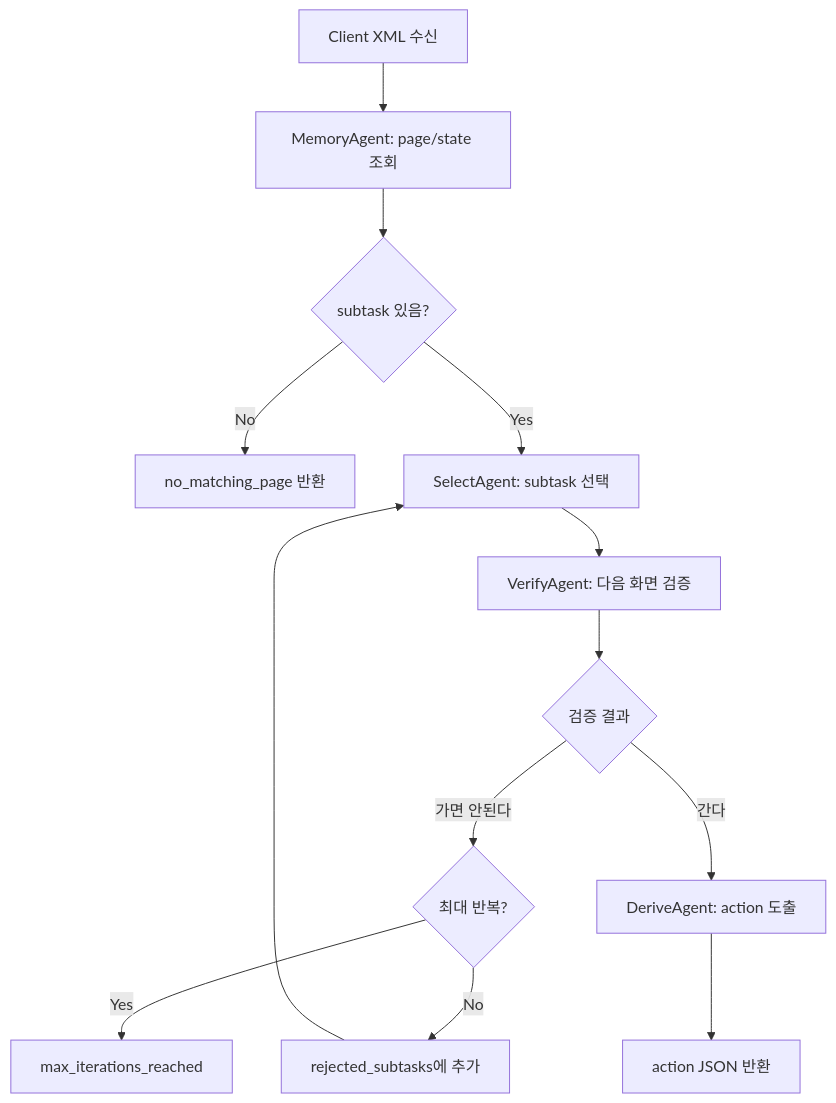
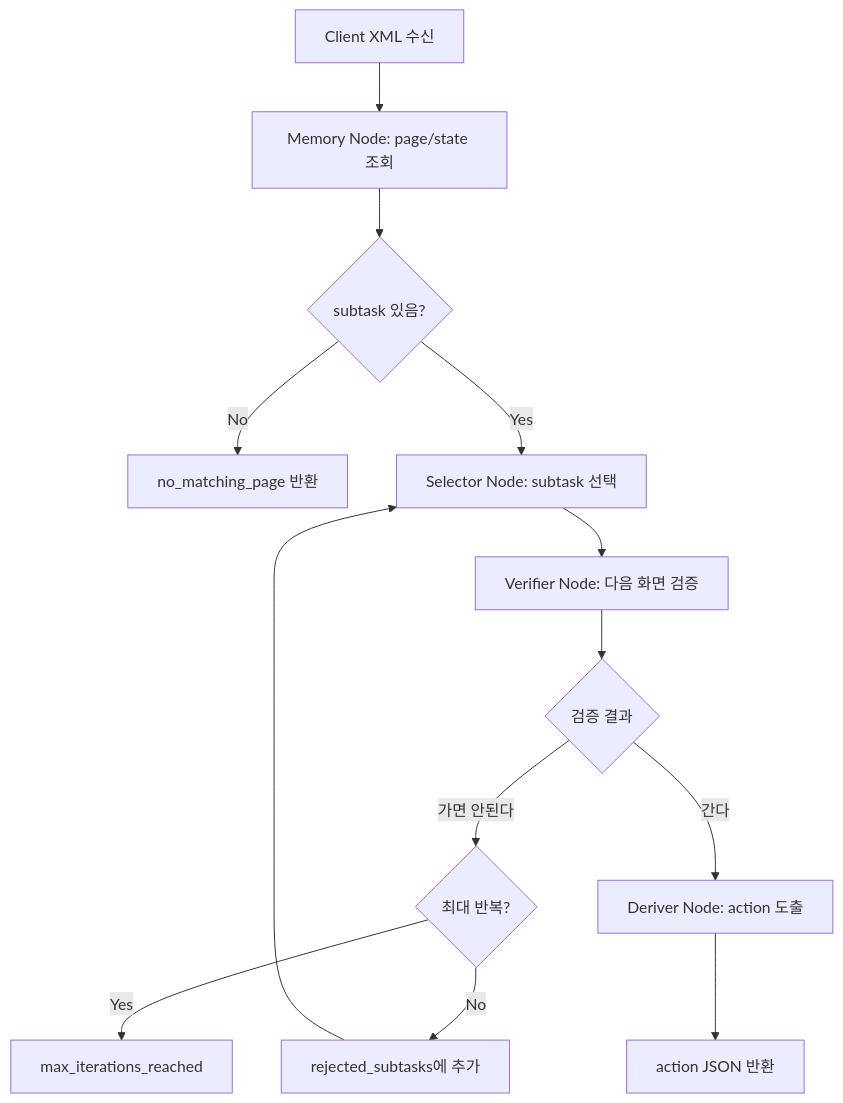
One commit to SaFD-00/MobileGPT-V2 changed the third of 18 diagrams in ARCHITECTURE.md. Above: the diagram before and after it, drawn with Mermaid. The commit also changed other lines of this file and 1 other file, not shown here.

````diff
--- a/ARCHITECTURE.md
+++ b/ARCHITECTURE.md
@@ -269,15 +210,15 @@
 ```mermaid
 flowchart TD
-    A[Client XML 수신] --> B[MemoryAgent: page/state 조회]
+    A[Client XML 수신] --> B[Memory Node: page/state 조회]
     B --> C{subtask 있음?}
     C -->|No| D[no_matching_page 반환]
-    C -->|Yes| E[SelectAgent: subtask 선택]
-    E --> F[VerifyAgent: 다음 화면 검증]
+    C -->|Yes| E[Selector Node: subtask 선택]
+    E --> F[Verifier Node: 다음 화면 검증]
     F --> G{검증 결과}
     G -->|"가면 안된다"| H{최대 반복?}
     H -->|No| I[rejected_subtasks에 추가]
     I --> E
     H -->|Yes| J[max_iterations_reached]
-    G -->|"간다"| K[DeriveAgent: action 도출]
+    G -->|"간다"| K[Deriver Node: action 도출]
     K --> L[action JSON 반환]
 ```
````
